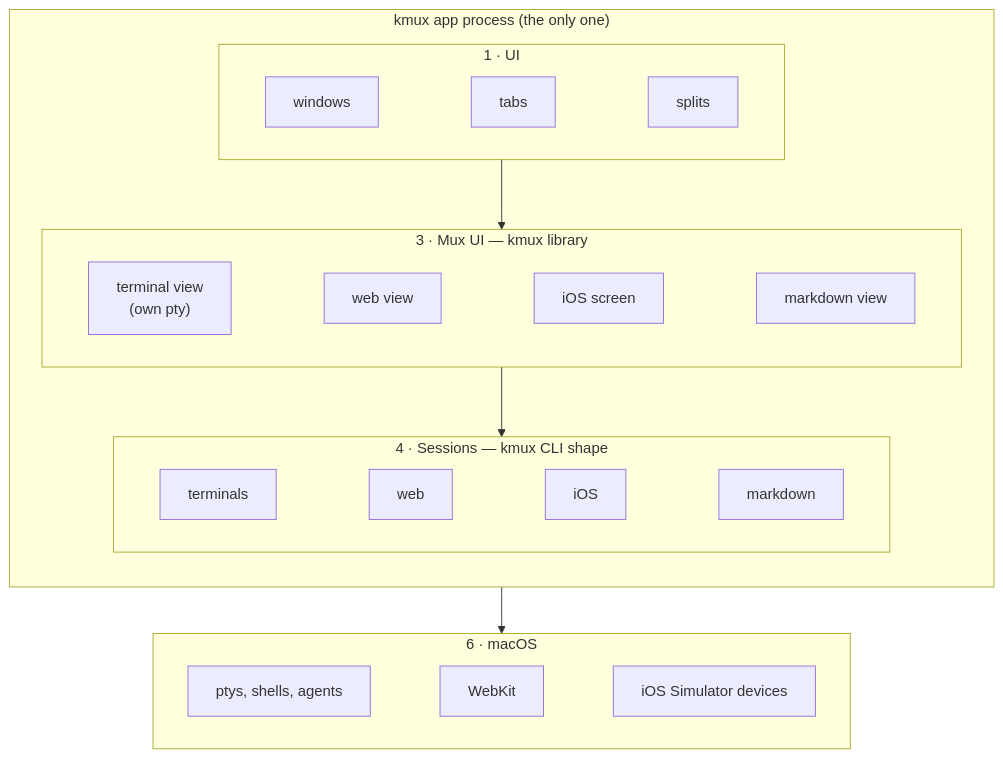
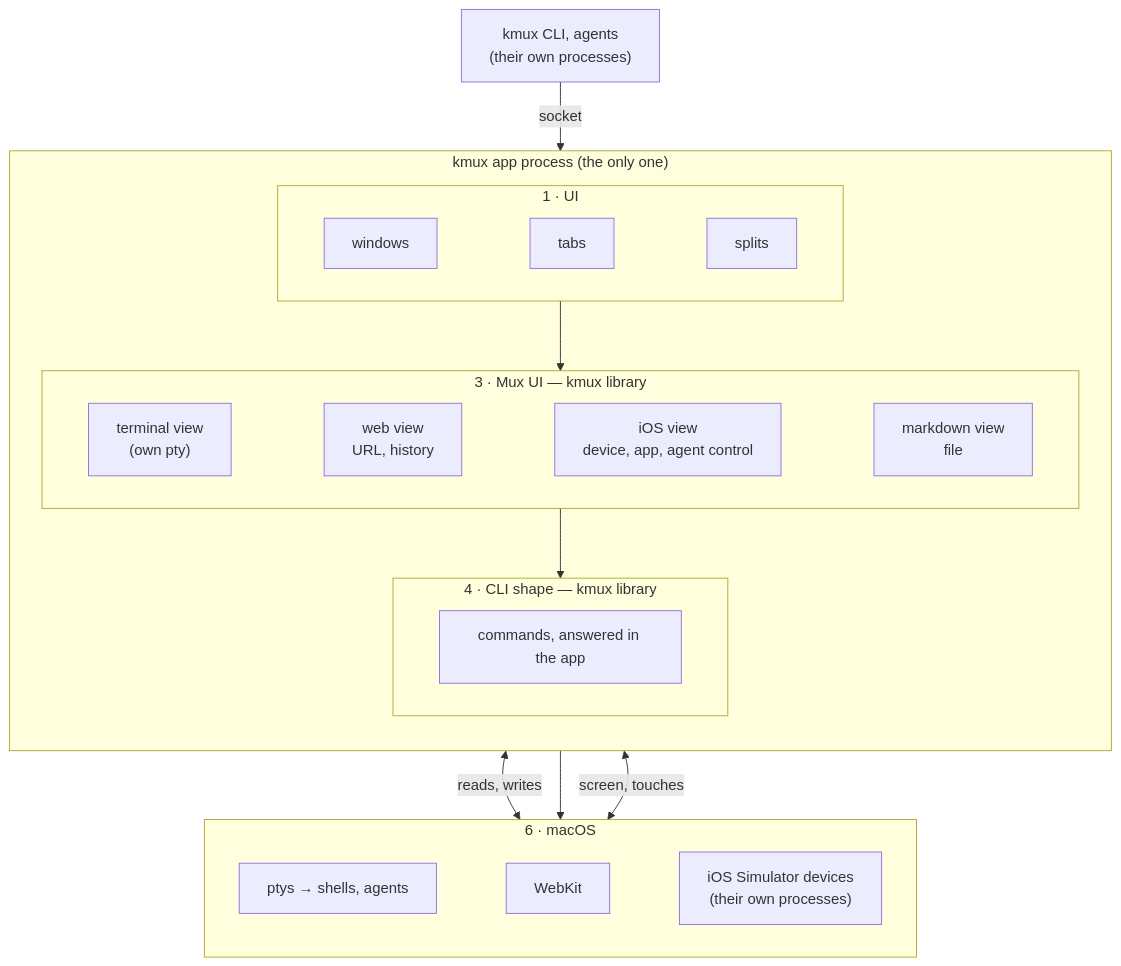
Before and after one commit to jemdiggity/kanna-v4: the second of 9 diagrams in docs/research/mux-architecture.md, drawn with Mermaid. The commit also changed other lines of this file, not shown here.

Commit message:
Mux architecture: only terminals live in the daemon; web, markdown and iOS are layout state

````diff
--- a/docs/research/mux-architecture.md
+++ b/docs/research/mux-architecture.md
@@ -83,24 +88,27 @@
 ```mermaid
 flowchart TB
-    subgraph PK["kmux app process (the only one)"]
+    CLI["kmux CLI, agents<br/>(their own processes)"]
+    subgraph PKM["kmux app process (the only one)"]
         direction TB
         subgraph K1["1 · UI"]
             direction LR
             WIN["windows"] ~~~ TABS["tabs"] ~~~ SPLITS["splits"]
         end
         subgraph K3["3 · Mux UI — kmux library"]
             direction LR
-            TV["terminal view<br/>(own pty)"] ~~~ WV["web view"] ~~~ IV["iOS screen"] ~~~ MV["markdown view"]
+            TV["terminal view<br/>(own pty)"] ~~~ WV["web view<br/>URL, history"] ~~~ IV["iOS view<br/>device, app, agent control"] ~~~ MV["markdown view<br/>file"]
         end
-        subgraph K4["4 · Sessions — kmux CLI shape"]
-            direction LR
-            TS["terminals"] ~~~ WS["web"] ~~~ IS["iOS"] ~~~ MS["markdown"]
+        subgraph K4["4 · CLI shape — kmux library"]
+            CMD["commands, answered in the app"]
         end
         K1 --> K3 --> K4
     end
     subgraph K6["6 · macOS"]
         direction LR
-        PTY["ptys, shells, agents"] ~~~ WK["WebKit"] ~~~ SIM["iOS Simulator devices"]
+        PTY["ptys → shells, agents"] ~~~ WK["WebKit"] ~~~ SIM["iOS Simulator devices<br/>(their own processes)"]
     end
-    K4 --> K6
+    CLI -->|"socket"| K4
+    TV <-->|"reads, writes"| PTY
+    WV --> WK
+    IV <-->|"screen, touches"| SIM
 ```
````
